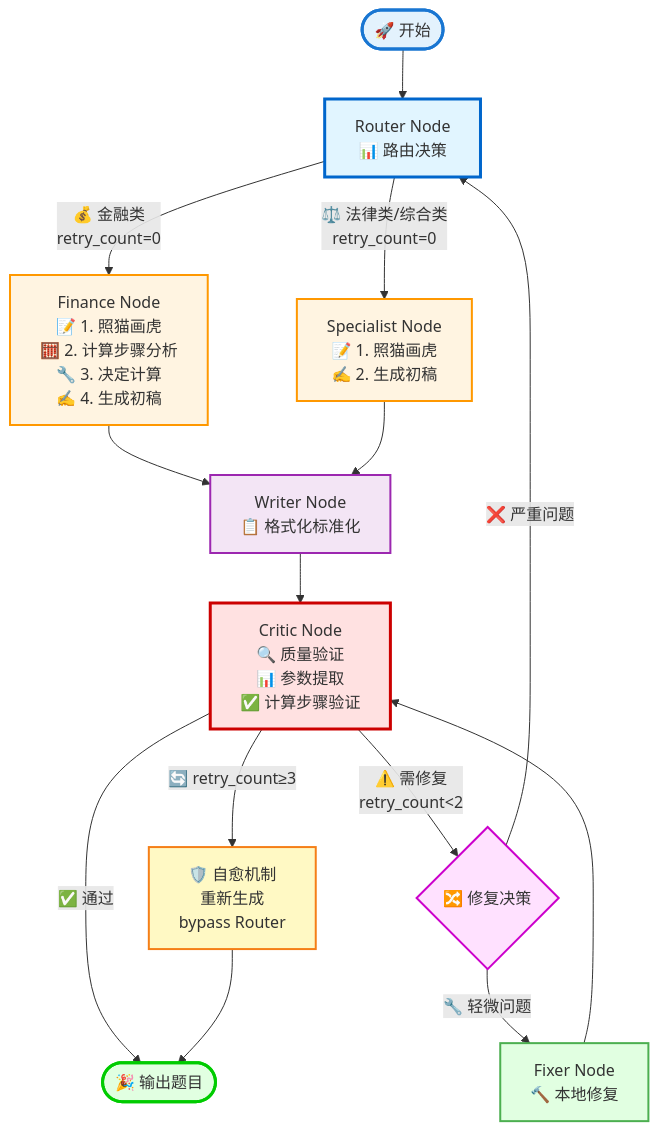
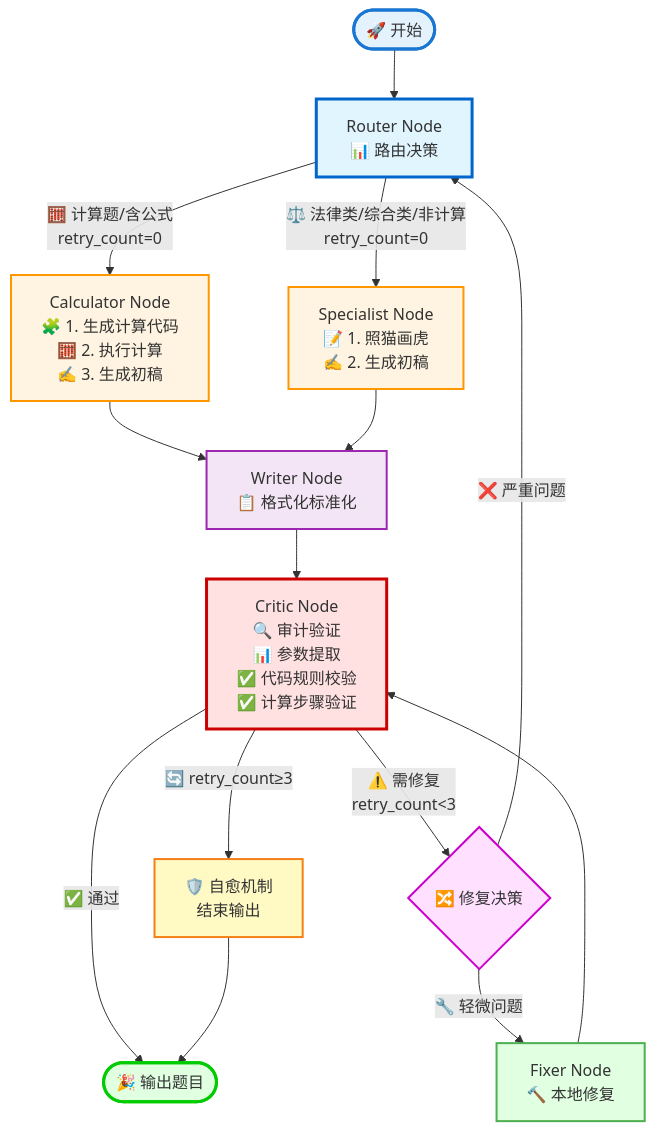
One commit to pt1995117/boxue-ai-exam-generator changed the first of 6 diagrams in docs/系统流程图-可视化版.md. Above: the diagram before and after it, drawn with Mermaid. The commit also changed other lines of this file and 20066 other files, not shown here.

````diff
--- a/docs/系统流程图-可视化版.md
+++ b/docs/系统流程图-可视化版.md
@@ -5,33 +5,33 @@
 ```mermaid
 flowchart TD
     Start([🚀 开始]) --> Router[Router Node<br/>📊 路由决策]
     
-    Router -->|💰 金融类<br/>retry_count=0| Finance[Finance Node<br/>📝 1. 照猫画虎<br/>🧮 2. 计算步骤分析<br/>🔧 3. 决定计算<br/>✍️ 4. 生成初稿]
-    Router -->|⚖️ 法律类/综合类<br/>retry_count=0| Specialist[Specialist Node<br/>📝 1. 照猫画虎<br/>✍️ 2. 生成初稿]
+    Router -->|🧮 计算题/含公式<br/>retry_count=0| Calculator[Calculator Node<br/>🧩 1. 生成计算代码<br/>🧮 2. 执行计算<br/>✍️ 3. 生成初稿]
+    Router -->|⚖️ 法律类/综合类/非计算<br/>retry_count=0| Specialist[Specialist Node<br/>📝 1. 照猫画虎<br/>✍️ 2. 生成初稿]
     
-    Finance --> Writer[Writer Node<br/>📋 格式化标准化]
+    Calculator --> Writer[Writer Node<br/>📋 格式化标准化]
     Specialist --> Writer
     
-    Writer --> Critic[Critic Node<br/>🔍 质量验证<br/>📊 参数提取<br/>✅ 计算步骤验证]
+    Writer --> Critic[Critic Node<br/>🔍 审计验证<br/>📊 参数提取<br/>✅ 代码规则校验<br/>✅ 计算步骤验证]
     
     Critic -->|✅ 通过| End([🎉 输出题目])
-    Critic -->|⚠️ 需修复<br/>retry_count<2| Decision{🔀 修复决策}
-    Critic -->|🔄 retry_count≥3| SelfHeal[🛡️ 自愈机制<br/>重新生成<br/>bypass Router]
+    Critic -->|⚠️ 需修复<br/>retry_count<3| Decision{🔀 修复决策}
+    Critic -->|🔄 retry_count≥3| SelfHeal[🛡️ 自愈机制<br/>结束输出]
     
     Decision -->|🔧 轻微问题| Fixer[Fixer Node<br/>🔨 本地修复]
     Decision -->|❌ 严重问题| Router
     
     Fixer --> Critic
     SelfHeal --> End
     
     style Start fill:#e3f2fd,stroke:#1976d2,stroke-width:3px
     style Router fill:#e1f5ff,stroke:#0066cc,stroke-width:3px
-    style Finance fill:#fff4e1,stroke:#ff9800,stroke-width:2px
+    style Calculator fill:#fff4e1,stroke:#ff9800,stroke-width:2px
     style Specialist fill:#fff4e1,stroke:#ff9800,stroke-width:2px
     style Writer fill:#f3e5f5,stroke:#9c27b0,stroke-width:2px
     style Critic fill:#ffe1e1,stroke:#cc0000,stroke-width:3px
     style Fixer fill:#e1ffe1,stroke:#4caf50,stroke-width:2px
     style Decision fill:#ffe1ff,stroke:#cc00cc,stroke-width:2px
     style SelfHeal fill:#fff9c4,stroke:#f57f17,stroke-width:2px
     style End fill:#e1ffe1,stroke:#00cc00,stroke-width:3px
 ```
````
